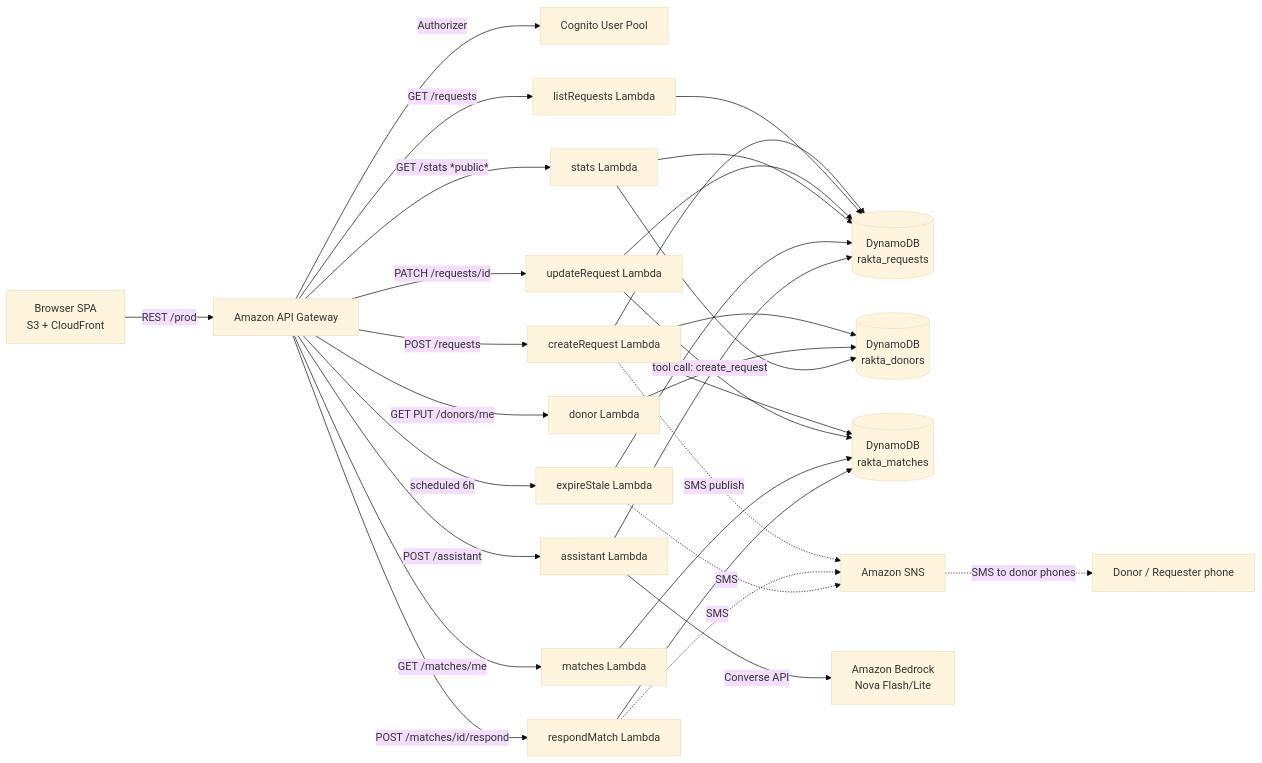
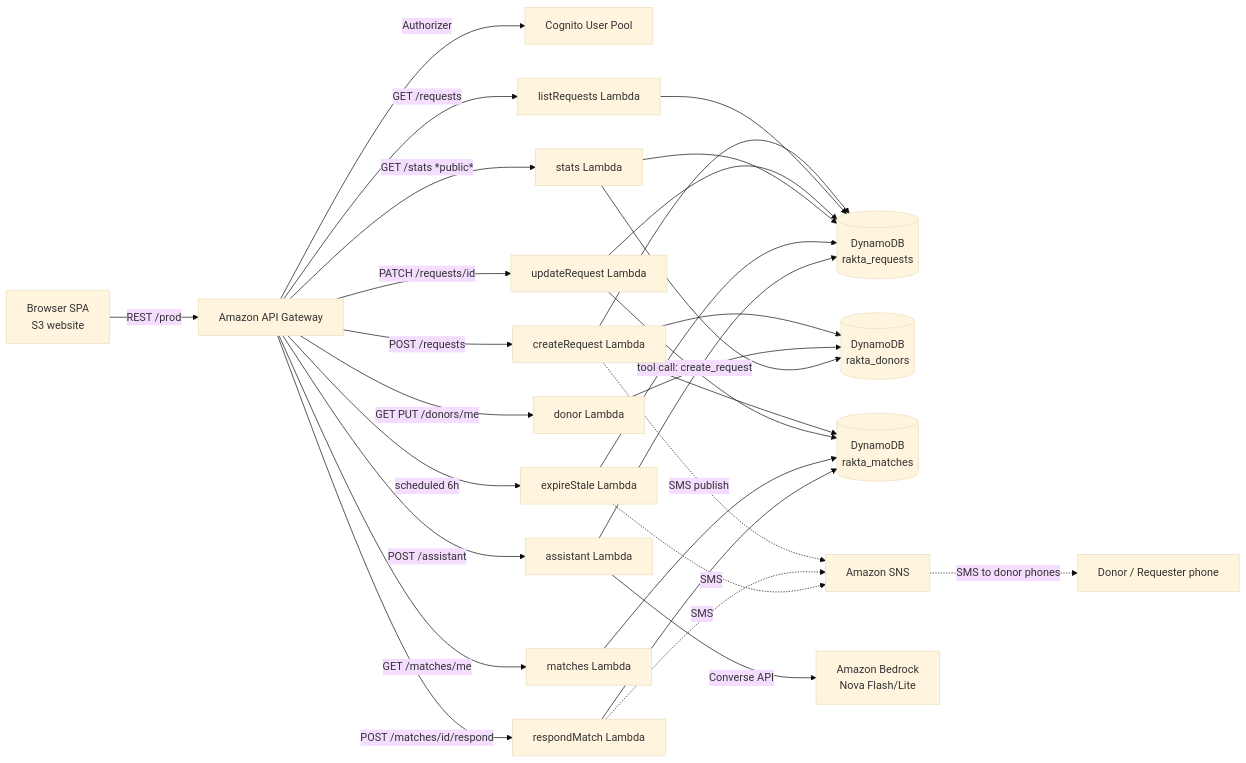
The diagram in architecture.md (AryanAnand-ux/firstCommit), drawn with Mermaid (base theme) before and after one commit. The commit also changed other lines of this file and 6 other files, not shown here.

````diff
--- a/architecture.md
+++ b/architecture.md
@@ -7,34 +7,34 @@
 ```mermaid
 flowchart LR
-    U[Browser SPA<br/>S3 + CloudFront] -->|REST /prod| G[Amazon API Gateway]
+    U[Browser SPA<br/>S3 website] -->|REST /prod| G[Amazon API Gateway]
     G -->|Authorizer| C[Cognito User Pool]
     G -->|POST /requests| CR[createRequest Lambda]
     G -->|GET /requests| LR[listRequests Lambda]
     G -->|PATCH /requests/id| UR[updateRequest Lambda]
     G -->|GET PUT /donors/me| DR[donor Lambda]
     G -->|GET /matches/me| MR[matches Lambda]
     G -->|POST /matches/id/respond| RR[respondMatch Lambda]
     G -->|GET /stats *public*| SR[stats Lambda]
     G -->|POST /assistant| AR[assistant Lambda]
     G -->|scheduled 6h| ER[expireStale Lambda]
 
     CR --> D1[("DynamoDB<br/>rakta_requests")]
     CR --> D2[("DynamoDB<br/>rakta_donors")]
     CR --> D3[("DynamoDB<br/>rakta_matches")]
     CR -.SMS publish.-> SNS[Amazon SNS]
     LR --> D1
     UR --> D1
     UR --> D3
     DR --> D2
     MR --> D3
     RR --> D3
     RR -.SMS.-> SNS
     SR --> D1
     SR --> D2
     ER --> D1
     ER -.SMS.-> SNS
     AR -->|tool call: create_request| D1
     AR -->|Converse API| B[Amazon Bedrock<br/>Nova Flash/Lite]
 
     SNS -.SMS to donor phones.-> M[Donor / Requester phone]
 ```
````
